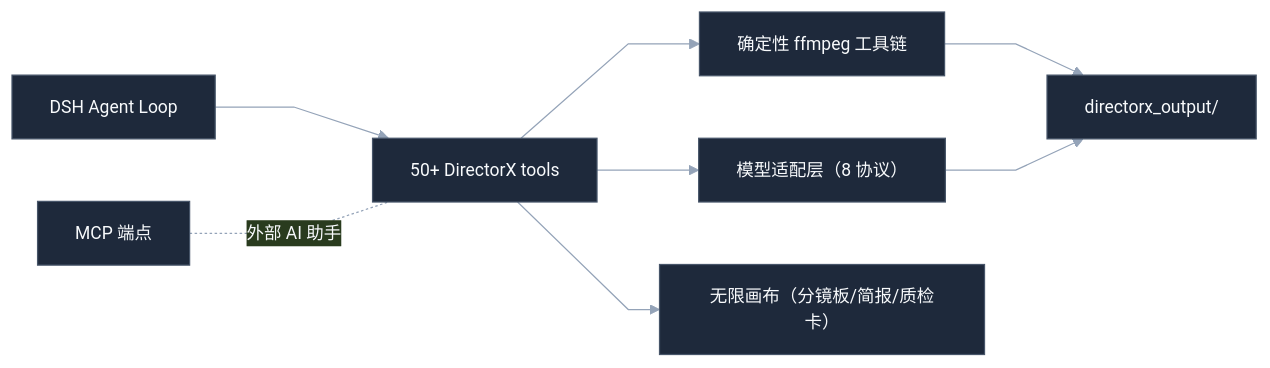
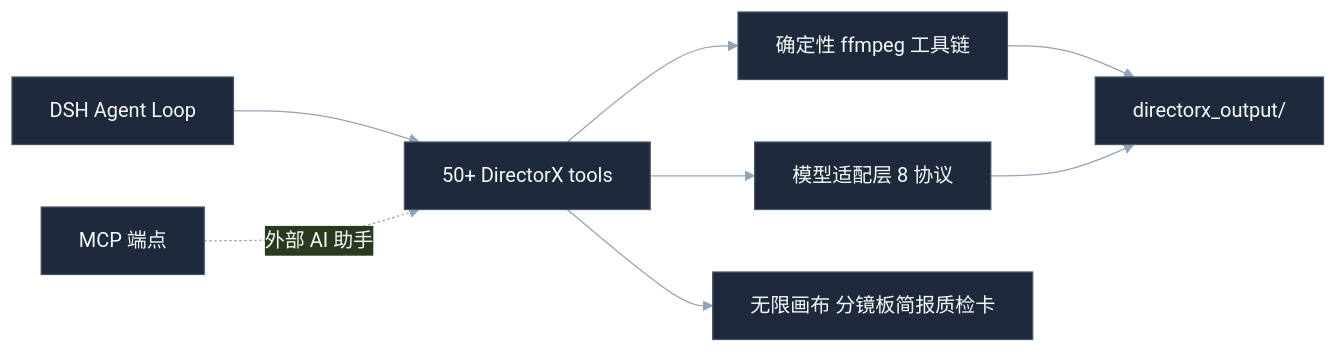
One commit to LaplaceYoung/dsh-directorx changed the second of 2 diagrams in README.md. Above: the diagram before and after it, drawn with Mermaid. The commit also changed other lines of this file and 7 other files, not shown here.

First line of the commit message:
feat(canvas): upstream prompt synthesis; readme mermaid fixes

````diff
--- a/README.md
+++ b/README.md
@@ -123,11 +118,11 @@
 ```mermaid
-%%{init: {'theme':'base', 'themeVariables': {'primaryColor':'#1e293b','primaryTextColor':'#f8fafc','primaryBorderColor':'#475569','lineColor':'#94a3b8','fontFamily':'system-ui, sans-serif','fontSize':'14px'}, 'flowchart': {'curve':'linear'}}}%%
+%%{init: {"theme": "base", "themeVariables": {"primaryColor": "#1e293b", "primaryTextColor": "#f8fafc", "primaryBorderColor": "#475569", "lineColor": "#94a3b8", "fontFamily": "system-ui, sans-serif"}}}%%
 flowchart LR
   LOOP["DSH Agent Loop"] --> TOOLS["50+ DirectorX tools"]
   TOOLS --> FF["确定性 ffmpeg 工具链"]
-  TOOLS --> GEN["模型适配层（8 协议）"]
-  TOOLS --> CANVAS["无限画布（分镜板/简报/质检卡）"]
-  MCP["MCP 端点"] -.外部 AI 助手.- TOOLS
+  TOOLS --> GEN["模型适配层 8 协议"]
+  TOOLS --> CANVAS["无限画布 分镜板简报质检卡"]
+  MCP["MCP 端点"] -.->|外部 AI 助手| TOOLS
   FF --> OUT["directorx_output/"]
   GEN --> OUT
 ```
````
